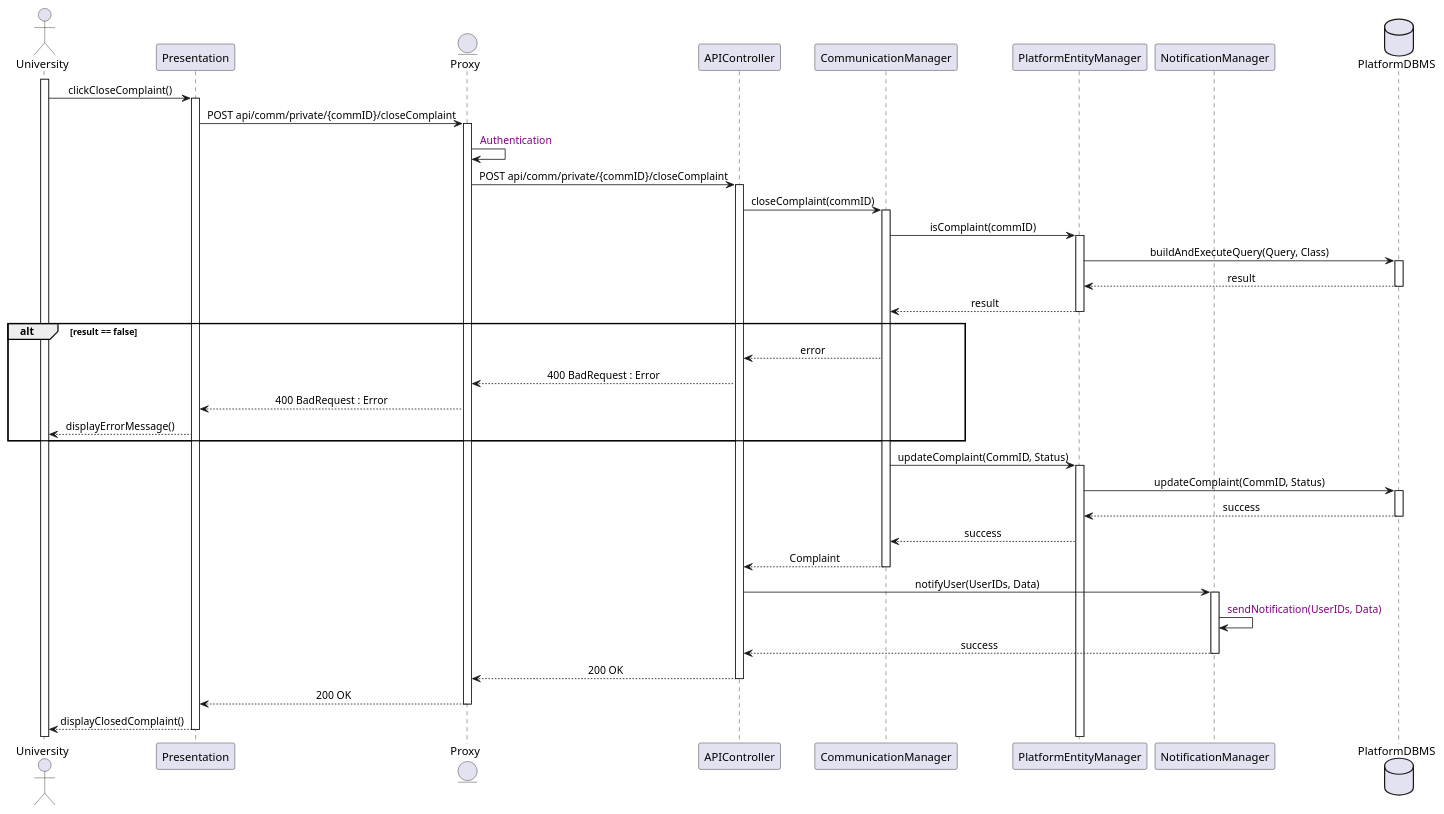
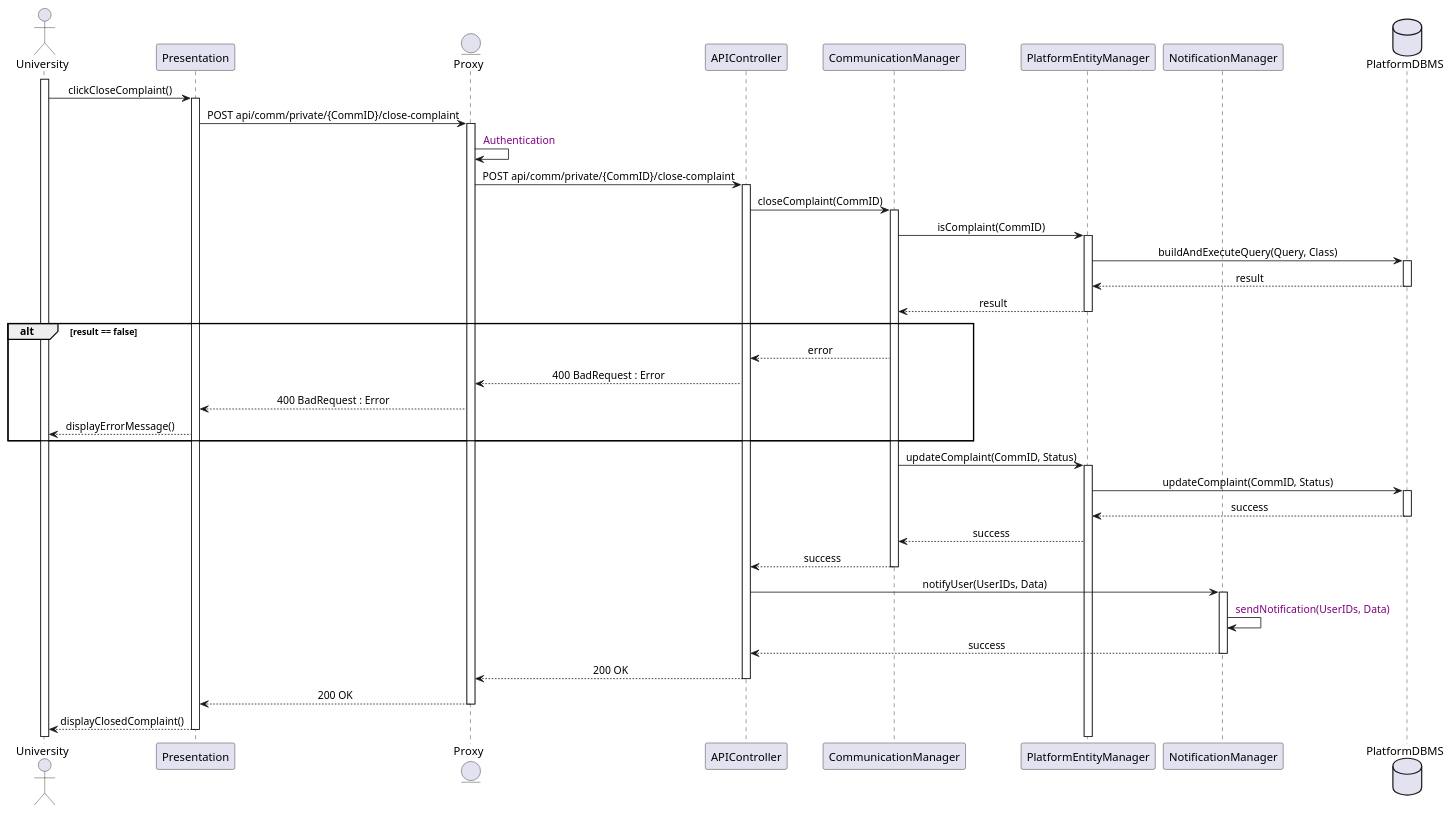
The diagram in Diagrams/SequenceDiagrams/DD/20UniversityCloseComplaint.wsd (Slaitroc/RicciPaoliGrisoni), drawn with PlantUML before and after one commit.

Commit message:
Refactor 20UniversityCloseComplaint.wsd SequenceDiagram

```diff
--- a/Diagrams/SequenceDiagrams/DD/20UniversityCloseComplaint.wsd
+++ b/Diagrams/SequenceDiagrams/DD/20UniversityCloseComplaint.wsd
@@ -1,57 +1,57 @@
 @startuml
 skinparam sequenceMessageAlign center
 
 actor University
 participant Presentation
 entity Proxy
 participant APIController
 participant CommunicationManager
 participant PlatformEntityManager
 participant NotificationManager
 database PlatformDBMS
 
 activate University
 University -> Presentation : clickCloseComplaint()
 activate Presentation
-Presentation -> Proxy : POST api/comm/private/{commID}/closeComplaint
+Presentation -> Proxy : POST api/comm/private/{CommID}/close-complaint
 activate Proxy
 Proxy -> Proxy : <color:purple> Authentication
-Proxy -> APIController : POST api/comm/private/{commID}/closeComplaint
+Proxy -> APIController : POST api/comm/private/{CommID}/close-complaint
 activate APIController
-APIController -> CommunicationManager : closeComplaint(commID)
+APIController -> CommunicationManager : closeComplaint(CommID)
 activate CommunicationManager
-CommunicationManager -> PlatformEntityManager : isComplaint(commID)
+CommunicationManager -> PlatformEntityManager : isComplaint(CommID)
 activate PlatformEntityManager
 PlatformEntityManager -> PlatformDBMS : buildAndExecuteQuery(Query, Class)
 activate PlatformDBMS
 PlatformDBMS --> PlatformEntityManager : result
 deactivate PlatformDBMS
 PlatformEntityManager --> CommunicationManager : result
 deactivate PlatformEntityManager
 alt result == false
 CommunicationManager --> APIController : error
 APIController --> Proxy : 400 BadRequest : Error
 Proxy --> Presentation : 400 BadRequest : Error
 Presentation --> University : displayErrorMessage()
 end
 CommunicationManager -> PlatformEntityManager : updateComplaint(CommID, Status)
 activate PlatformEntityManager
 PlatformEntityManager -> PlatformDBMS : updateComplaint(CommID, Status)
 activate PlatformDBMS
 PlatformDBMS --> PlatformEntityManager : success
 deactivate PlatformDBMS
 PlatformEntityManager --> CommunicationManager : success
-CommunicationManager --> APIController : Complaint
+CommunicationManager --> APIController : success
 deactivate CommunicationManager
 APIController -> NotificationManager : notifyUser(UserIDs, Data)
 activate NotificationManager
 NotificationManager -> NotificationManager : <color:purple> sendNotification(UserIDs, Data)
 NotificationManager --> APIController : success
 deactivate NotificationManager
 APIController --> Proxy : 200 OK
 deactivate APIController
 Proxy --> Presentation : 200 OK
 deactivate Proxy
 Presentation --> University : displayClosedComplaint()
 deactivate Presentation
 @enduml
```
